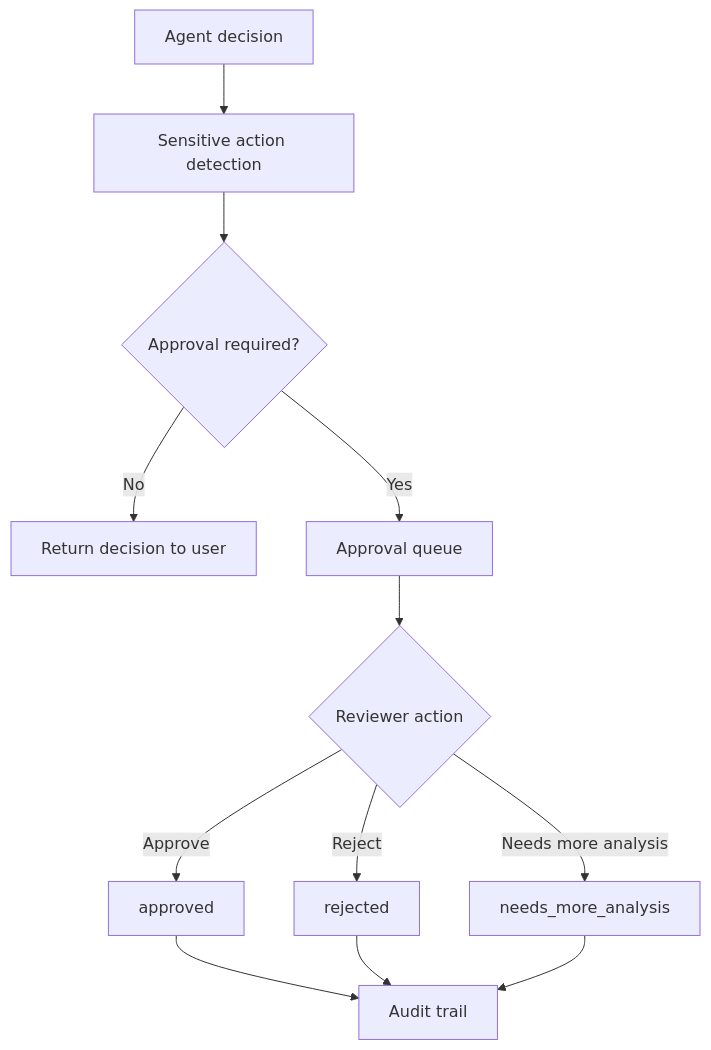
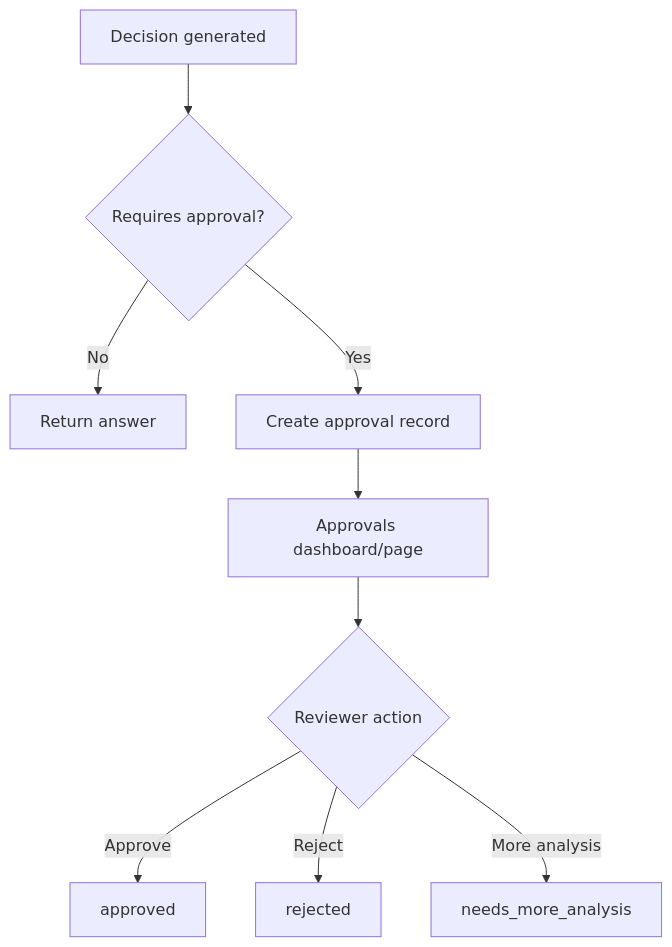
The fourth of 7 diagrams in docs/architecture.md (Fejjii/AlphaLens-AI), drawn with Mermaid before and after one commit. The commit also changed other lines of this file and 18 other files, not shown here.

````diff
--- a/docs/architecture.md
+++ b/docs/architecture.md
@@ -76,16 +60,11 @@
 ```mermaid
 flowchart TD
-    DEC[Agent decision] --> DETECT[Sensitive action detection]
-    DETECT --> REQ{Approval required?}
-    REQ -->|No| PASS[Return decision to user]
-    REQ -->|Yes| QUEUE[Approval queue]
-
-    QUEUE --> ACT{Reviewer action}
-    ACT -->|Approve| APPR[approved]
-    ACT -->|Reject| REJ[rejected]
-    ACT -->|Needs more analysis| NMA[needs_more_analysis]
-
-    APPR --> AUDIT[Audit trail]
-    REJ --> AUDIT
-    NMA --> AUDIT
+    DEC[Decision generated] --> GATE{Requires approval?}
+    GATE -->|No| RET[Return answer]
+    GATE -->|Yes| REC[Create approval record]
+    REC --> UI[Approvals dashboard/page]
+    UI --> ACT{Reviewer action}
+    ACT -->|Approve| A1[approved]
+    ACT -->|Reject| A2[rejected]
+    ACT -->|More analysis| A3[needs_more_analysis]
 ```
````
